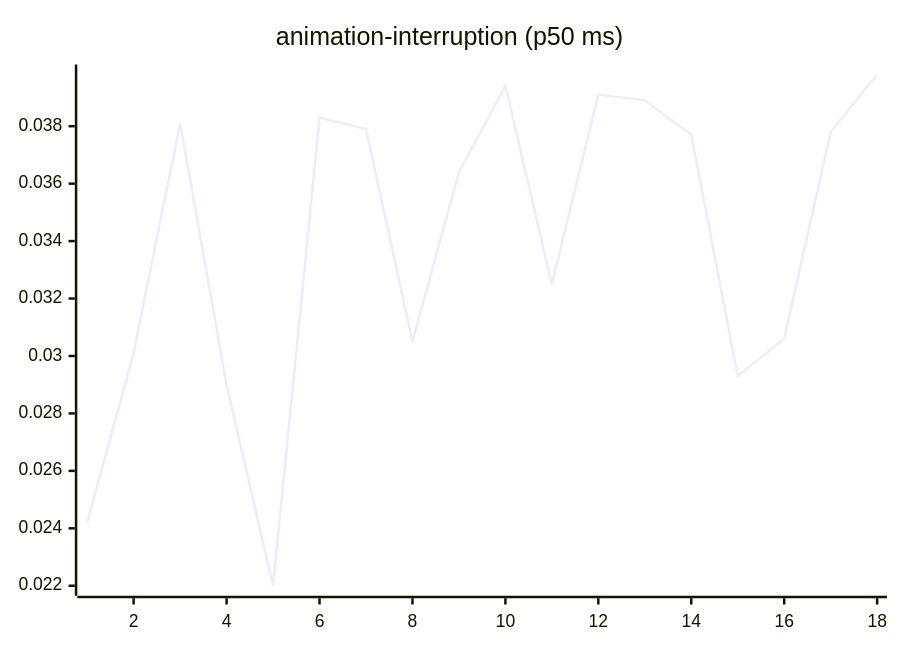
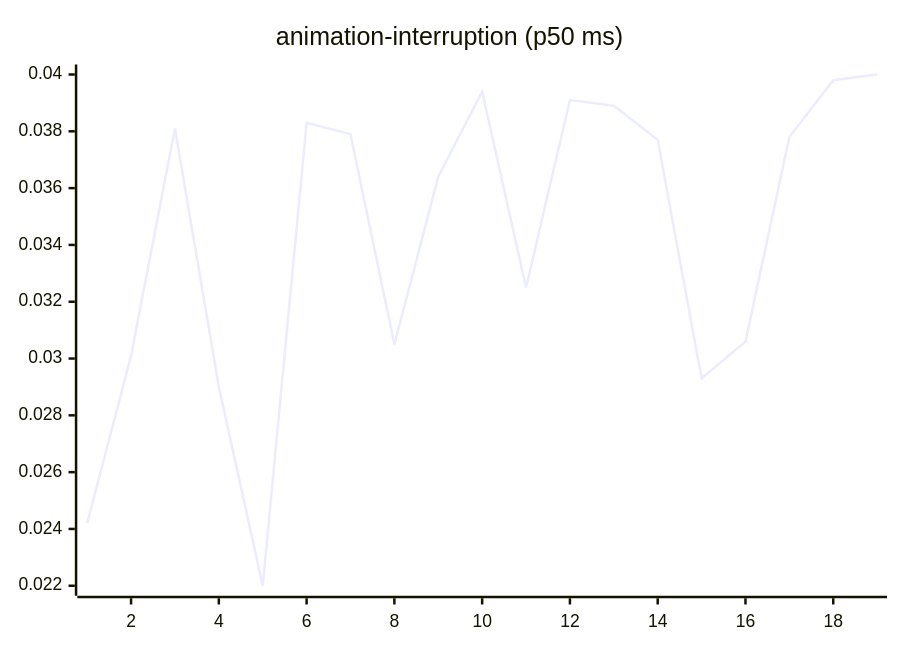
One commit to josha/Facet changed the third of 27 diagrams in README.md. Above: the diagram before and after it, drawn with Mermaid. The commit also changed other lines of this file and 2 other files, not shown here.

````diff
--- a/README.md
+++ b/README.md
@@ -77,6 +77,6 @@
 ```mermaid
 xychart-beta
     title "animation-interruption (p50 ms)"
-    x-axis 1 --> 18
-    line [0.0242, 0.0301, 0.0381, 0.0290, 0.0220, 0.0383, 0.0379, 0.0305, 0.0364, 0.0394, 0.0325, 0.0391, 0.0389, 0.0377, 0.0293, 0.0306, 0.0378, 0.0398]
+    x-axis 1 --> 19
+    line [0.0242, 0.0301, 0.0381, 0.0290, 0.0220, 0.0383, 0.0379, 0.0305, 0.0364, 0.0394, 0.0325, 0.0391, 0.0389, 0.0377, 0.0293, 0.0306, 0.0378, 0.0398, 0.0400]
 ```
````
